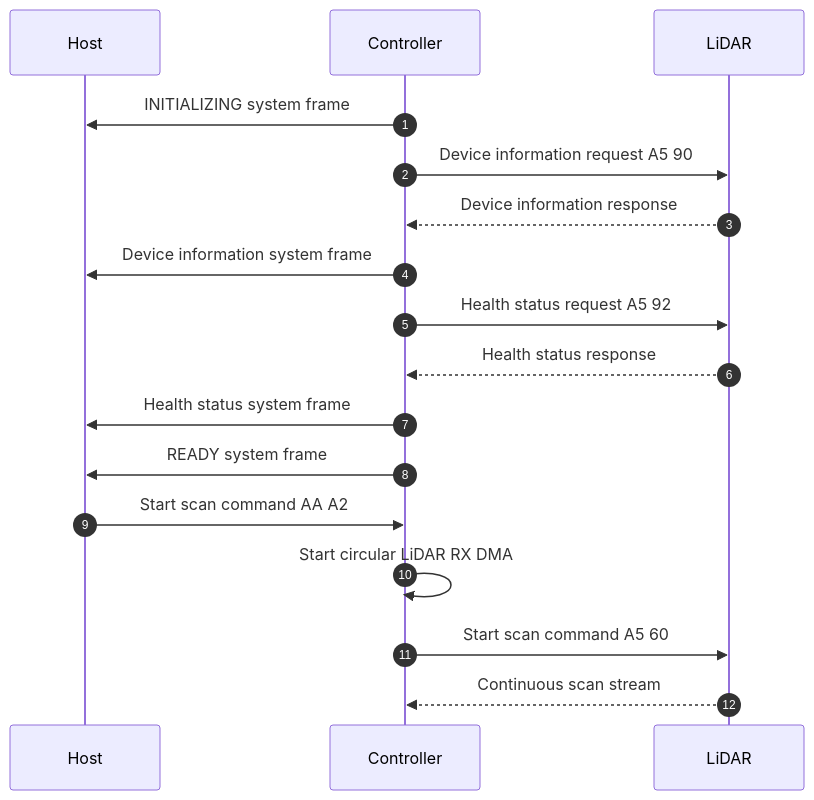
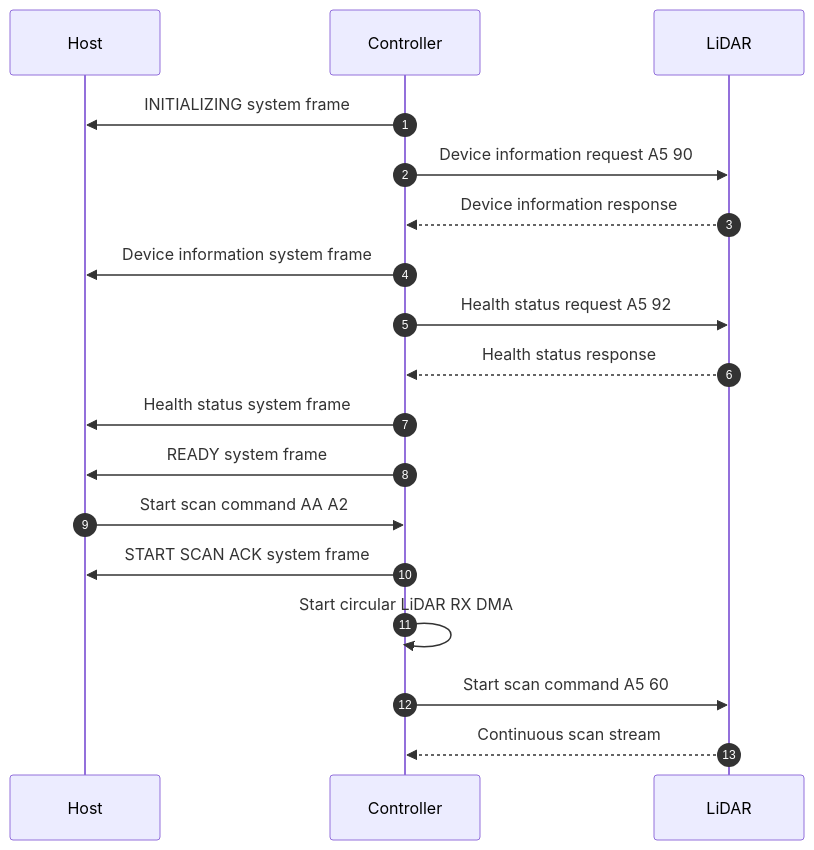
Before and after one commit to kei185/sensor-echo: the first of 2 diagrams in docs/frame.md, drawn with Mermaid. The commit also changed other lines of this file and 8 other files, not shown here.

````diff
--- a/docs/frame.md
+++ b/docs/frame.md
@@ -6,20 +6,21 @@
 ```mermaid
 sequenceDiagram
     autonumber
     participant Host
     participant Controller
     participant LiDAR
 
     Controller->>Host: INITIALIZING system frame
     Controller->>LiDAR: Device information request A5 90
     LiDAR-->>Controller: Device information response
     Controller->>Host: Device information system frame
     Controller->>LiDAR: Health status request A5 92
     LiDAR-->>Controller: Health status response
     Controller->>Host: Health status system frame
     Controller->>Host: READY system frame
     Host->>Controller: Start scan command AA A2
+    Controller->>Host: START SCAN ACK system frame
     Controller->>Controller: Start circular LiDAR RX DMA
     Controller->>LiDAR: Start scan command A5 60
     LiDAR-->>Controller: Continuous scan stream
 ```
````
